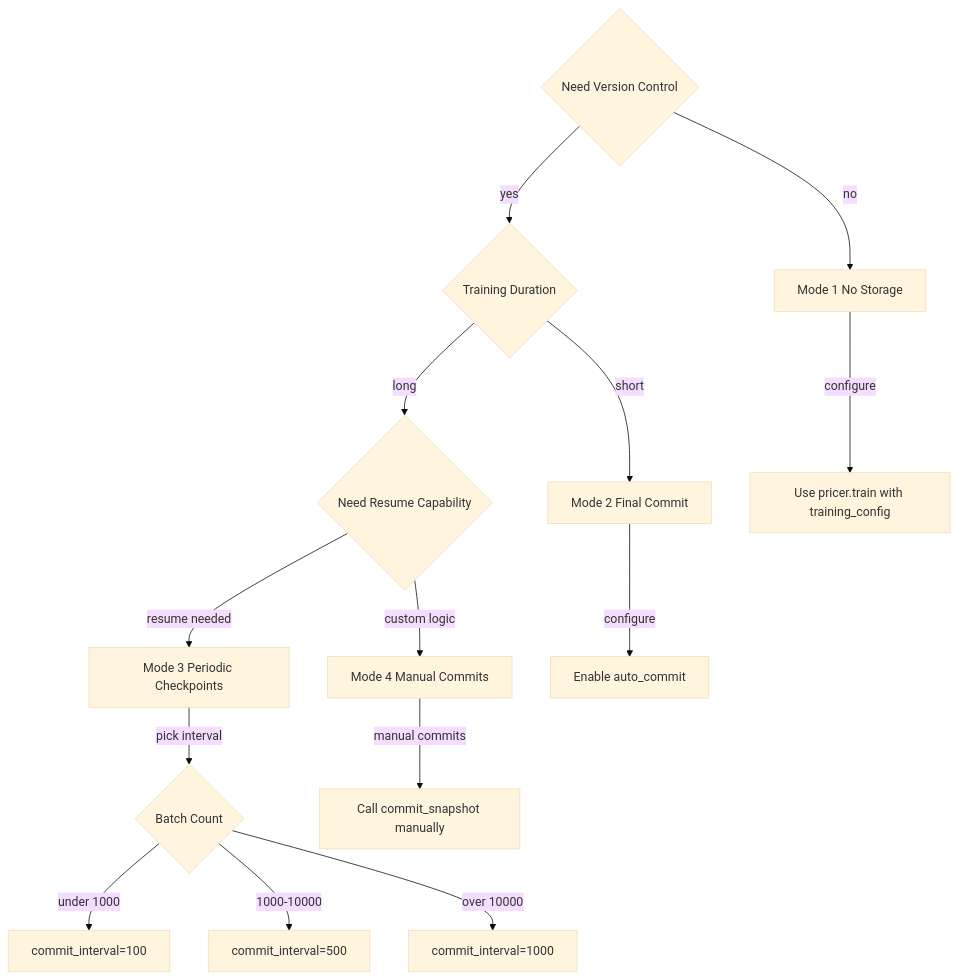
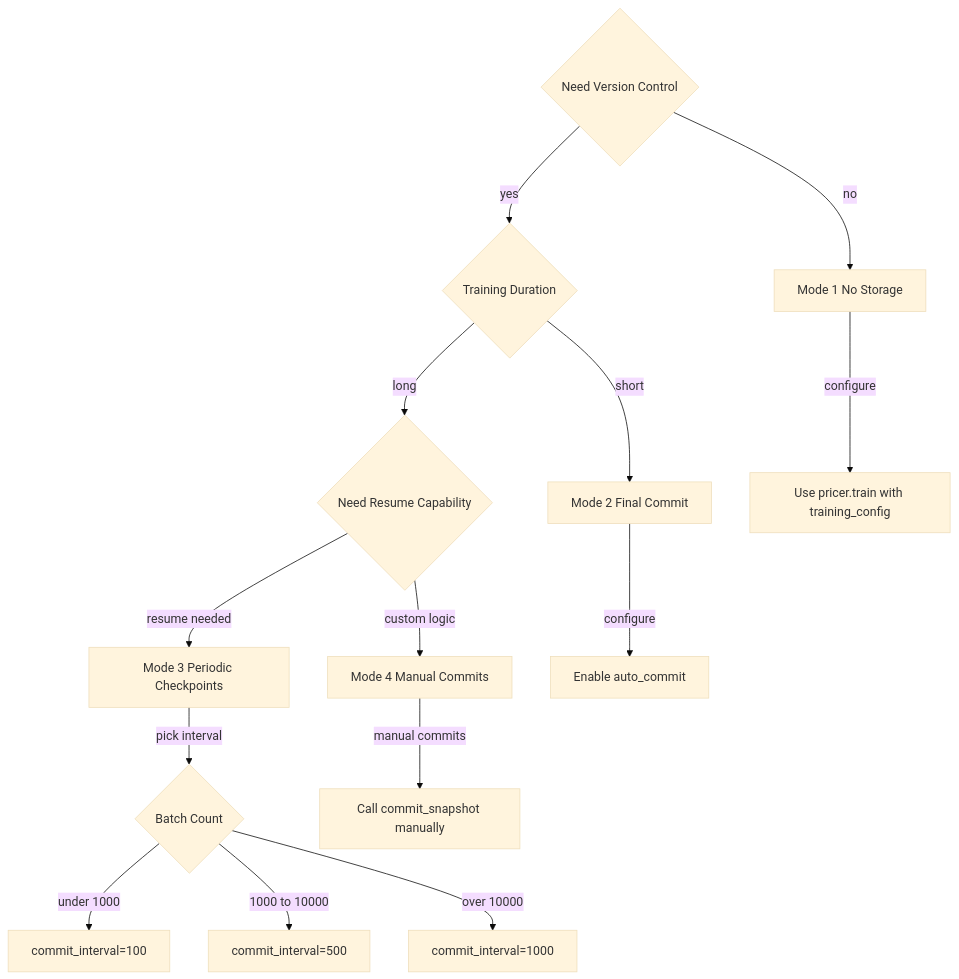
One commit to Tuee22/SpectralMC changed the second of 3 diagrams in documents/product/training_integration.md. Above: the diagram before and after it, drawn with Mermaid (base theme). The commit also changed other lines of this file and 68 other files, not shown here.

````diff
--- a/documents/product/training_integration.md
+++ b/documents/product/training_integration.md
@@ -174,27 +174,27 @@
 ```mermaid
 flowchart TB
   Start{Need Version Control}
   Duration{Training Duration}
   Resume{Need Resume Capability}
 
   NoStore[Mode 1 No Storage]
   FinalOnly[Mode 2 Final Commit]
   Periodic[Mode 3 Periodic Checkpoints]
   Manual[Mode 4 Manual Commits]
 
   Start -->|no| NoStore
   Start -->|yes| Duration
   Duration -->|short| FinalOnly
   Duration -->|long| Resume
   Resume -->|resume needed| Periodic
   Resume -->|custom logic| Manual
 
   NoStore -->|configure| ConfigNoStore[Use pricer.train with training_config]
   FinalOnly -->|configure| ConfigFinal[Enable auto_commit]
   Periodic -->|pick interval| ChooseInterval{Batch Count}
   Manual -->|manual commits| ConfigManual[Call commit_snapshot manually]
 
   ChooseInterval -->|under 1000| Interval100[commit_interval=100]
-  ChooseInterval -->|1000-10000| Interval500[commit_interval=500]
+  ChooseInterval -->|1000 to 10000| Interval500[commit_interval=500]
   ChooseInterval -->|over 10000| Interval1000[commit_interval=1000]
 ```
````
